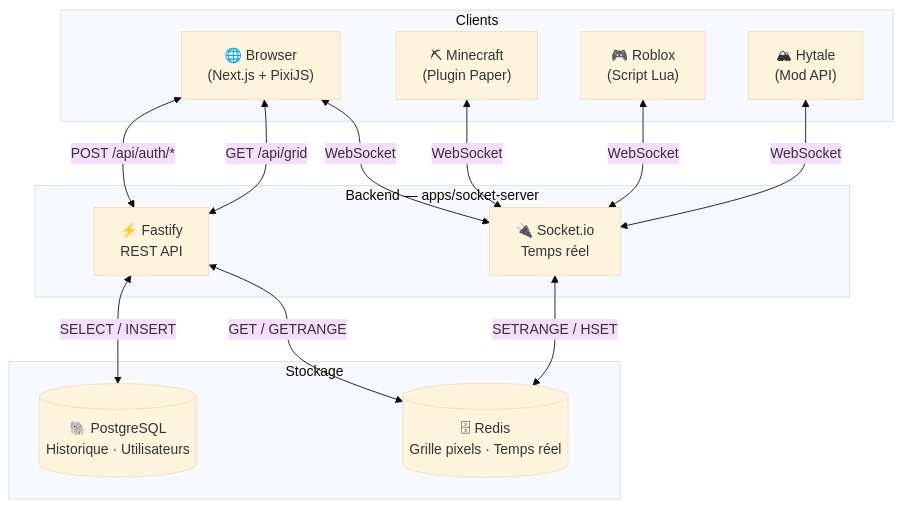
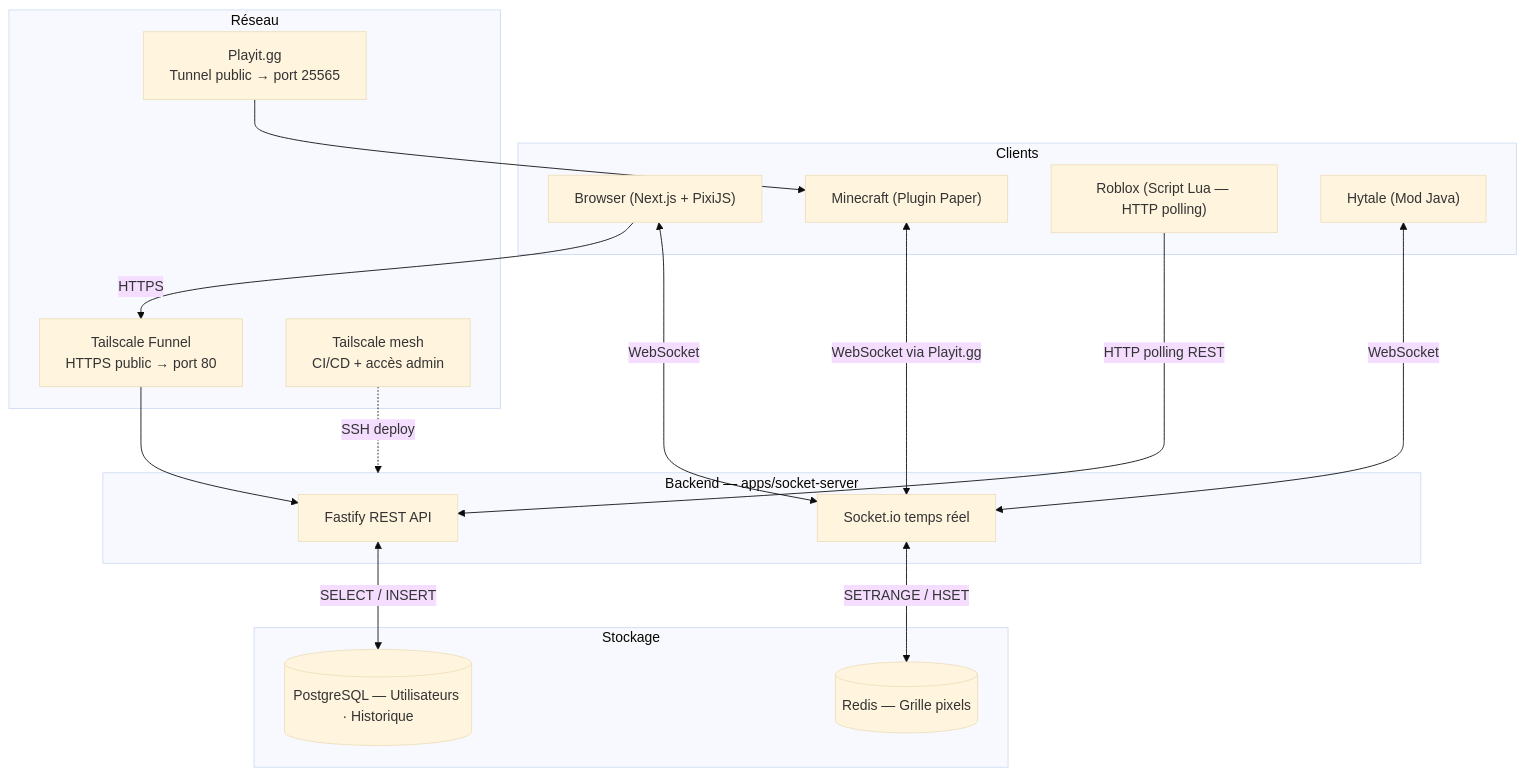
Before and after one commit to MaKSiiMe/VoxelPlace: the diagram in README.md, drawn with Mermaid (base theme). The commit also changed other lines of this file and 37 other files, not shown here.

````diff
--- a/README.md
+++ b/README.md
@@ -77,29 +38,35 @@
 ```mermaid
 graph TB
     subgraph Clients
-        WEB["🌐 Browser\n(Next.js + PixiJS)"]
-        MC["⛏ Minecraft\n(Plugin Paper)"]
-        RB["🎮 Roblox\n(Script Lua)"]
-        HY["🏔 Hytale\n(Mod API)"]
+        WEB["Browser (Next.js + PixiJS)"]
+        MC["Minecraft (Plugin Paper)"]
+        RB["Roblox (Script Lua — HTTP polling)"]
+        HY["Hytale (Mod Java)"]
+    end
+
+    subgraph Network["Réseau"]
+        TF["Tailscale Funnel\nHTTPS public → port 80"]
+        PG_NET["Playit.gg\nTunnel public → port 25565"]
+        TS["Tailscale mesh\nCI/CD + accès admin"]
     end
 
     subgraph Backend["Backend — apps/socket-server"]
-        API["⚡ Fastify\nREST API"]
-        SIO["🔌 Socket.io\nTemps réel"]
+        API["Fastify REST API"]
+        SIO["Socket.io temps réel"]
     end
 
     subgraph Storage["Stockage"]
-        REDIS[("🗄 Redis\nGrille pixels · Temps réel")]
-        PG[("🐘 PostgreSQL\nHistorique · Utilisateurs")]
+        REDIS[("Redis — Grille pixels")]
+        PG[("PostgreSQL — Utilisateurs · Historique")]
     end
 
-    WEB  <-->|"WebSocket"| SIO
-    MC   <-->|"WebSocket"| SIO
-    RB   <-->|"WebSocket"| SIO
-    HY   <-->|"WebSocket"| SIO
-    WEB  <-->|"GET /api/grid"| API
-    WEB  <-->|"POST /api/auth/*"| API
-    SIO  <-->|"SETRANGE / HSET"| REDIS
-    API  <-->|"GET / GETRANGE"| REDIS
-    API  <-->|"SELECT / INSERT"| PG
+    WEB  -->|HTTPS| TF --> API
+    WEB  <-->|WebSocket| SIO
+    MC   <-->|WebSocket via Playit.gg| SIO
+    PG_NET --> MC
+    RB   -->|HTTP polling REST| API
+    HY   <-->|WebSocket| SIO
+    SIO  <-->|SETRANGE / HSET| REDIS
+    API  <-->|SELECT / INSERT| PG
+    TS   -.->|SSH deploy| Backend
 ```
````
